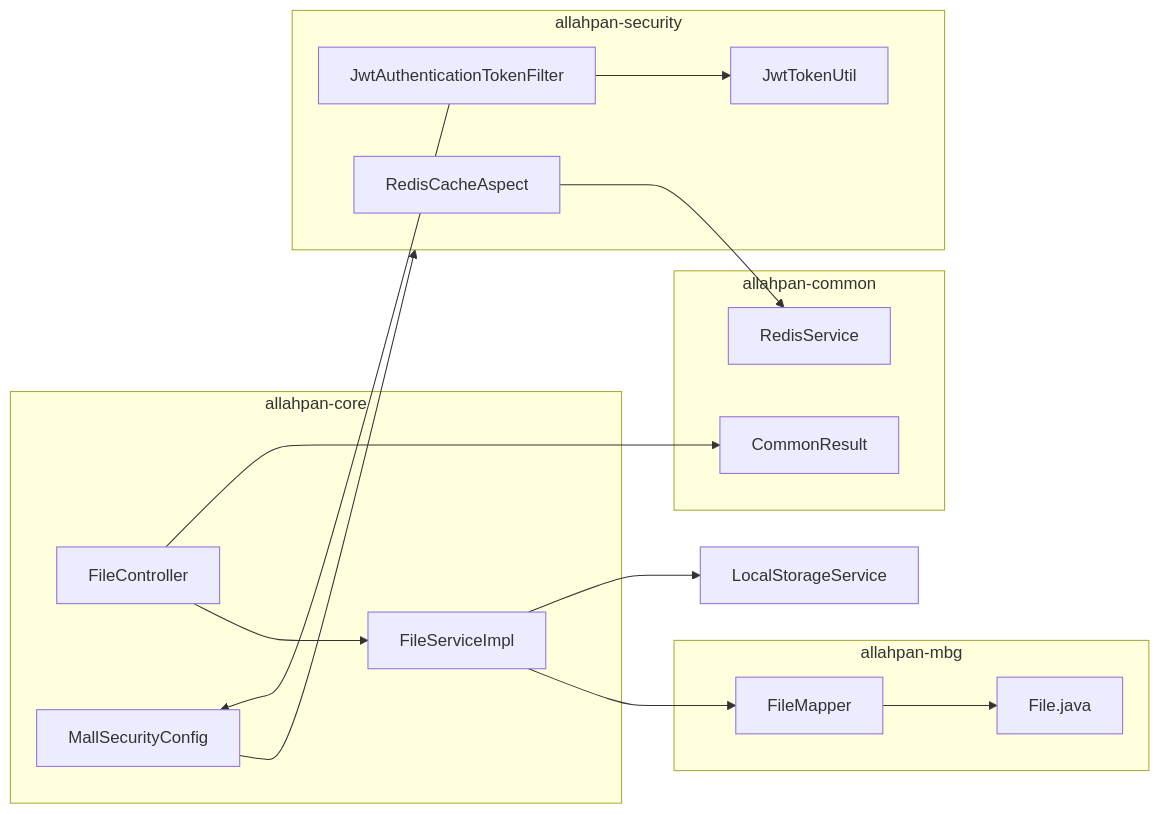
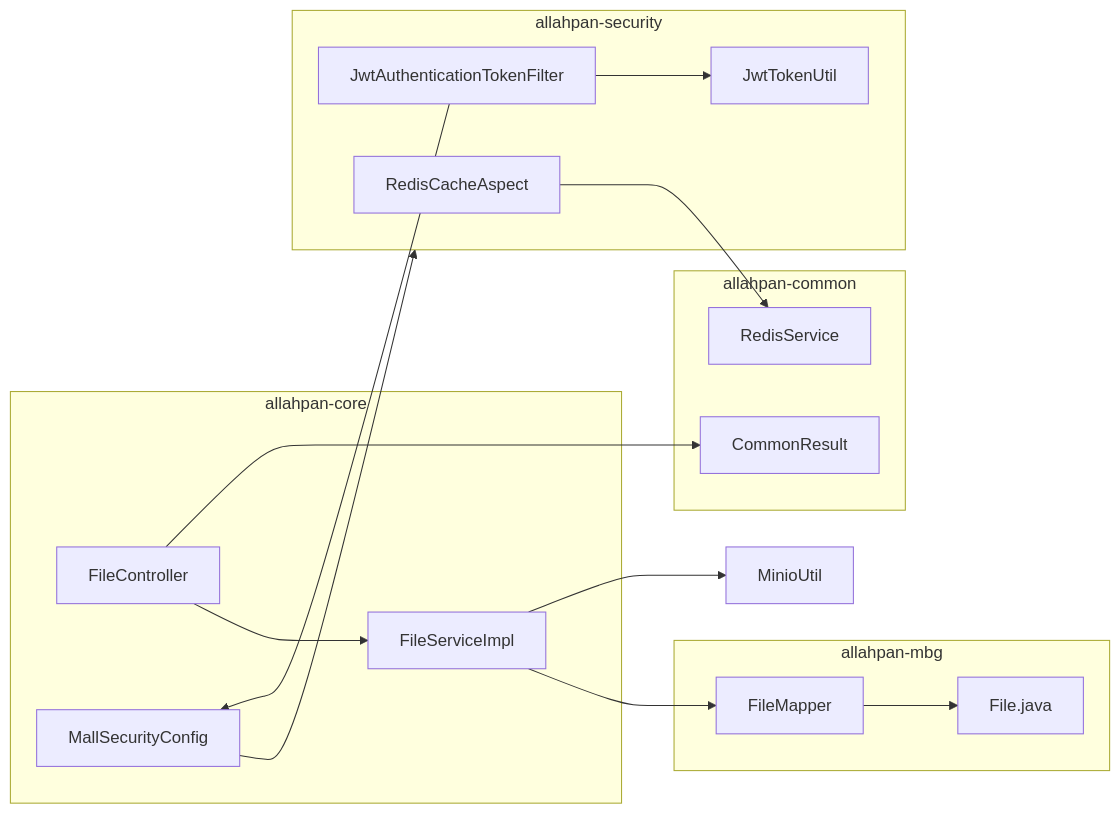
One commit to AfterMaxQ/AllahPan changed the second of 2 diagrams in docs/architecture/01-module-dependency.md. Above: the diagram before and after it, drawn with Mermaid. The commit also changed other lines of this file and 24 other files, not shown here.

````diff
--- a/docs/architecture/01-module-dependency.md
+++ b/docs/architecture/01-module-dependency.md
@@ -132,31 +133,31 @@
 ```mermaid
 flowchart LR
     subgraph core["allahpan-core"]
         controller["FileController"]
         service["FileServiceImpl"]
         config["MallSecurityConfig"]
     end
     subgraph mbg["allahpan-mbg"]
         mapper["FileMapper"]
         entity["File.java"]
     end
     subgraph security["allahpan-security"]
         filter["JwtAuthenticationTokenFilter"]
         jwt["JwtTokenUtil"]
         aspect["RedisCacheAspect"]
     end
     subgraph common["allahpan-common"]
         redis["RedisService"]
         result["CommonResult"]
     end
 
     controller --> service
     service --> mapper
-    service --> lss["LocalStorageService"]
+    service --> minio["MinioUtil"]
     mapper --> entity
     config --> security
     filter --> jwt
     filter --> config
     aspect --> redis
     controller --> result
 ```
````
